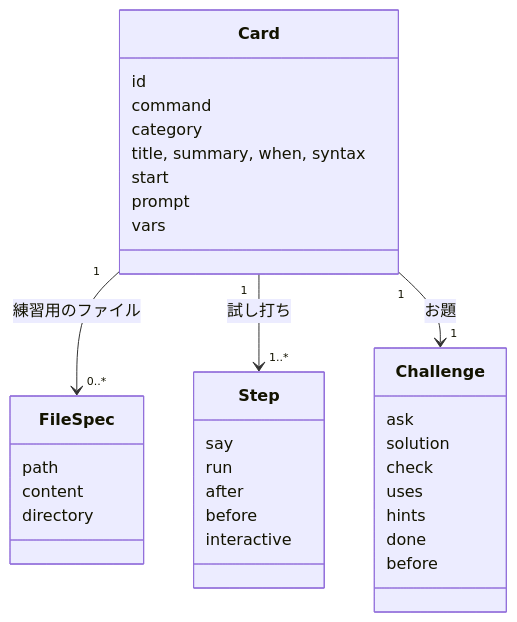
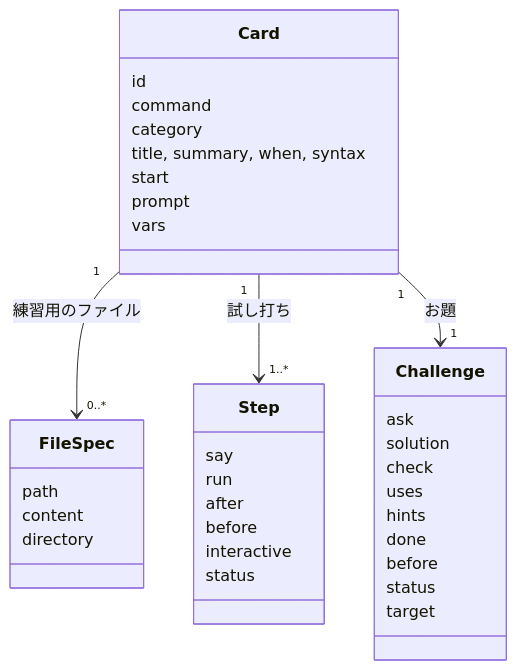
One commit to kasumiyanagita/day-one changed the first of 3 diagrams in docs/cards.md. Above: the diagram before and after it, drawn with Mermaid. The commit also changed 3 other files, not shown here.

````diff
--- a/docs/cards.md
+++ b/docs/cards.md
@@ -16,36 +16,39 @@
 ```mermaid
 classDiagram
     class Card {
         id
         command
         category
         title, summary, when, syntax
         start
         prompt
         vars
     }
     class FileSpec {
         path
         content
         directory
     }
     class Step {
         say
         run
         after
         before
         interactive
+        status
     }
     class Challenge {
         ask
         solution
         check
         uses
         hints
         done
         before
+        status
+        target
     }
     Card "1" --> "0..*" FileSpec : 練習用のファイル
     Card "1" --> "1..*" Step : 試し打ち
     Card "1" --> "1" Challenge : お題
 ```
````
